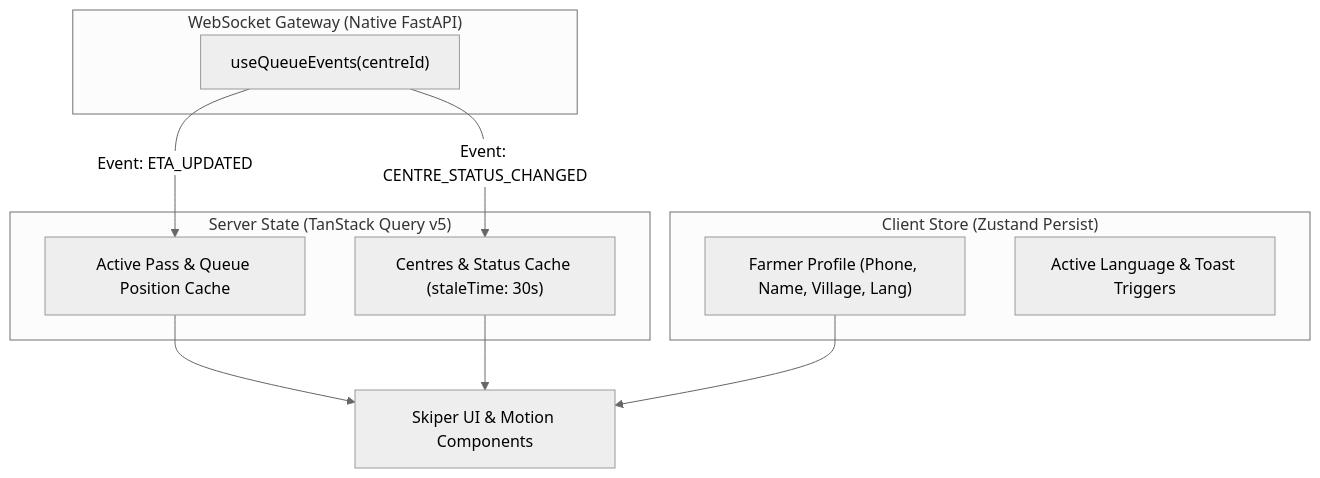
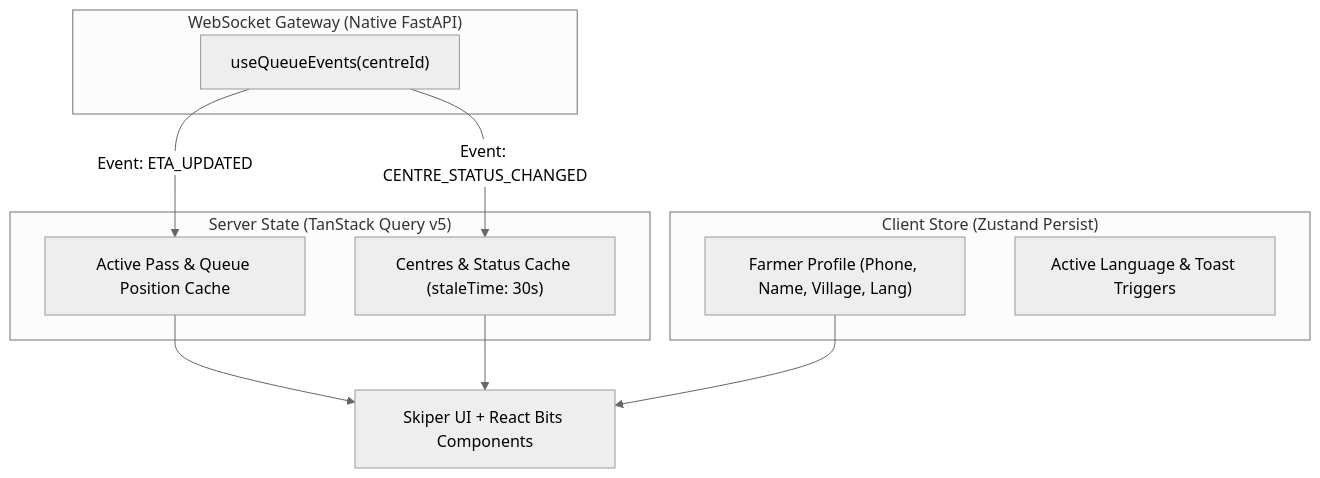
The diagram in docs/11_FRONTEND_ARCHITECTURE.md (SnehalPrince/KisanQueue), drawn with Mermaid (neutral theme) before and after one commit. The commit also changed other lines of this file and 4 other files, not shown here.

Commit message:
feat(ui): Add React Bits (reactbits.dev) for backgrounds, effects, spotlight cards, and token decrypt animations

````diff
--- a/docs/11_FRONTEND_ARCHITECTURE.md
+++ b/docs/11_FRONTEND_ARCHITECTURE.md
@@ -176,22 +180,22 @@
 ```mermaid
 flowchart TD
     subgraph ServerSync["Server State (TanStack Query v5)"]
         CentresCache["Centres & Status Cache (staleTime: 30s)"]
         QueueCache["Active Pass & Queue Position Cache"]
     end
 
     subgraph RealtimeLayer["WebSocket Gateway (Native FastAPI)"]
         WSHook["useQueueEvents(centreId)"]
     end
 
     subgraph LocalState["Client Store (Zustand Persist)"]
         AuthStore["Farmer Profile (Phone, Name, Village, Lang)"]
         UIStore["Active Language & Toast Triggers"]
     end
 
     WSHook -->|Event: ETA_UPDATED| QueueCache
     WSHook -->|Event: CENTRE_STATUS_CHANGED| CentresCache
-    QueueCache --> UI[Skiper UI & Motion Components]
+    QueueCache --> UI[Skiper UI + React Bits Components]
     CentresCache --> UI
     AuthStore --> UI
 ```
````
